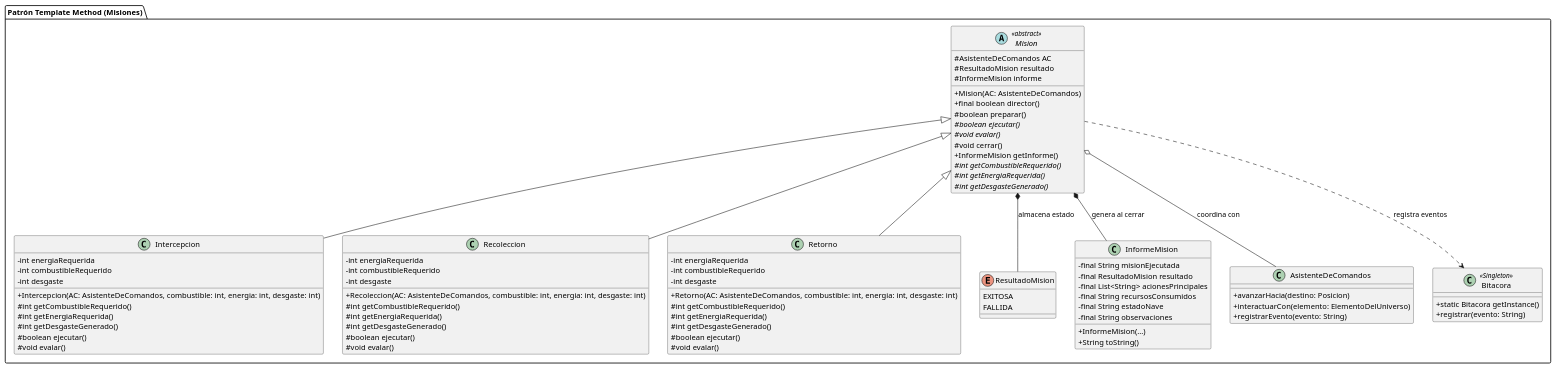
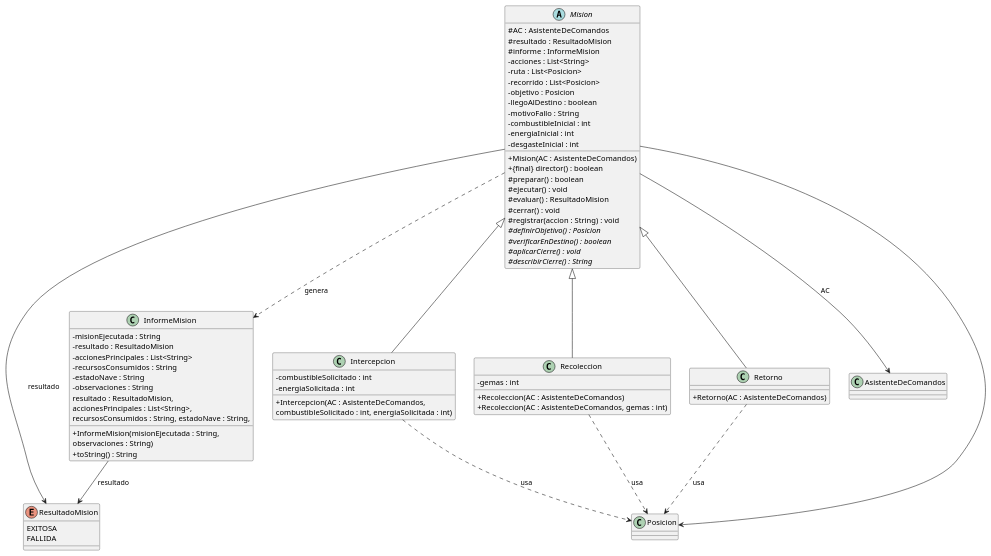
The diagram in uml_template.puml (urielaristegui/TP-prograC-grupo-12), drawn with PlantUML before and after one commit. The commit also changed 8 other files, not shown here.

```diff
--- a/uml_template.puml
+++ b/uml_template.puml
@@ -1,90 +1,89 @@
 @startuml
 skinparam classAttributeIconSize 0
 
-package "Patrón Template Method (Misiones)" {
-    abstract class Mision <<abstract>> {
-        # AsistenteDeComandos AC
-        # ResultadoMision resultado
-        # InformeMision informe
-        + Mision(AC: AsistenteDeComandos)
-        + final boolean director()
-        # boolean preparar()
-        # {abstract} boolean ejecutar()
-        # {abstract} void evalar()
-        # void cerrar()
-        + InformeMision getInforme()
-        # {abstract} int getCombustibleRequerido()
-        # {abstract} int getEnergiaRequerida()
-        # {abstract} int getDesgasteGenerado()
-    }
 
-    class Intercepcion extends Mision {
-        - int energiaRequerida
-        - int combustibleRequerido
-        - int desgaste
-        + Intercepcion(AC: AsistenteDeComandos, combustible: int, energia: int, desgaste: int)
-        # int getCombustibleRequerido()
-        # int getEnergiaRequerida()
-        # int getDesgasteGenerado()
-        # boolean ejecutar()
-        # void evalar()
-    }
+  enum ResultadoMision {
+    EXITOSA
+    FALLIDA
+  }
 
-    class Recoleccion extends Mision {
-        - int energiaRequerida
-        - int combustibleRequerido
-        - int desgaste
-        + Recoleccion(AC: AsistenteDeComandos, combustible: int, energia: int, desgaste: int)
-        # int getCombustibleRequerido()
-        # int getEnergiaRequerida()
-        # int getDesgasteGenerado()
-        # boolean ejecutar()
-        # void evalar()
-    }
+  class InformeMision {
+    - misionEjecutada : String
+    - resultado : ResultadoMision
+    - accionesPrincipales : List<String>
+    - recursosConsumidos : String
+    - estadoNave : String
+    - observaciones : String
+    + InformeMision(misionEjecutada : String,
+    resultado : ResultadoMision,
+    accionesPrincipales : List<String>,
+    recursosConsumidos : String, estadoNave : String,
+    observaciones : String)
+    + toString() : String
+  }
 
-    class Retorno extends Mision {
-        - int energiaRequerida
-        - int combustibleRequerido
-        - int desgaste
-        + Retorno(AC: AsistenteDeComandos, combustible: int, energia: int, desgaste: int)
-        # int getCombustibleRequerido()
-        # int getEnergiaRequerida()
-        # int getDesgasteGenerado()
-        # boolean ejecutar()
-        # void evalar()
-    }
+  abstract class Mision {
+    # AC : AsistenteDeComandos
+    # resultado : ResultadoMision
+    # informe : InformeMision
+    - acciones : List<String>
+    - ruta : List<Posicion>
+    - recorrido : List<Posicion>
+    - objetivo : Posicion
+    - llegoAlDestino : boolean
+    - motivoFallo : String
+    - combustibleInicial : int
+    - energiaInicial : int
+    - desgasteInicial : int
+    + Mision(AC : AsistenteDeComandos)
+    + {final} director() : boolean
+    # preparar() : boolean
+    # ejecutar() : void
+    # evaluar() : ResultadoMision
+    # cerrar() : void
+    # registrar(accion : String) : void
+    # {abstract} definirObjetivo() : Posicion
+    # {abstract} verificarEnDestino() : boolean
+    # {abstract} aplicarCierre() : void
+    # {abstract} describirCierre() : String
+  }
 
-    enum ResultadoMision {
-        EXITOSA
-        FALLIDA
-    }
+  class Intercepcion {
+    - combustibleSolicitado : int
+    - energiaSolicitada : int
+    + Intercepcion(AC : AsistenteDeComandos,
+    combustibleSolicitado : int, energiaSolicitada : int)
 
-    class InformeMision {
-        - final String misionEjecutada
-        - final ResultadoMision resultado
-        - final List<String> acionesPrincipales
-        - final String recursosConsumidos
-        - final String estadoNave
-        - final String observaciones
-        + InformeMision(...)
-        + String toString()
-    }
+  }
 
-    class AsistenteDeComandos {
-        + avanzarHacia(destino: Posicion)
-        + interactuarCon(elemento: ElementoDelUniverso)
-        + registrarEvento(evento: String)
-    }
+  class Recoleccion {
+    - gemas : int
+    + Recoleccion(AC : AsistenteDeComandos)
+    + Recoleccion(AC : AsistenteDeComandos, gemas : int)
 
-    class Bitacora <<Singleton>> {
-        + static Bitacora getInstance()
-        + registrar(evento: String)
-    }
-}
+  }
 
-Mision o-- AsistenteDeComandos : coordina con
-Mision *-- InformeMision : genera al cerrar
-Mision *-- ResultadoMision : almacena estado
-Mision ..> Bitacora : registra eventos
+  class Retorno {
+    + Retorno(AC : AsistenteDeComandos)
+  }
+
+  Mision <|-- Intercepcion
+  Mision <|-- Recoleccion
+  Mision <|-- Retorno
+
+  Mision --> ResultadoMision : resultado
+  InformeMision --> ResultadoMision : resultado
+  Mision ..> InformeMision : genera
+
+
+  class AsistenteDeComandos
+
+  class Posicion
+
+Mision --> AsistenteDeComandos : AC
+Mision --> Posicion
+Intercepcion ..> Posicion : usa
+Recoleccion ..> Posicion : usa
+Retorno ..> Posicion : usa
 
 @enduml
```
